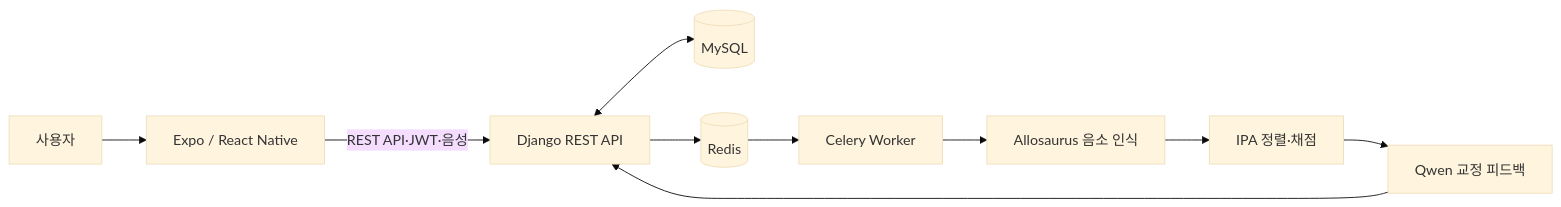
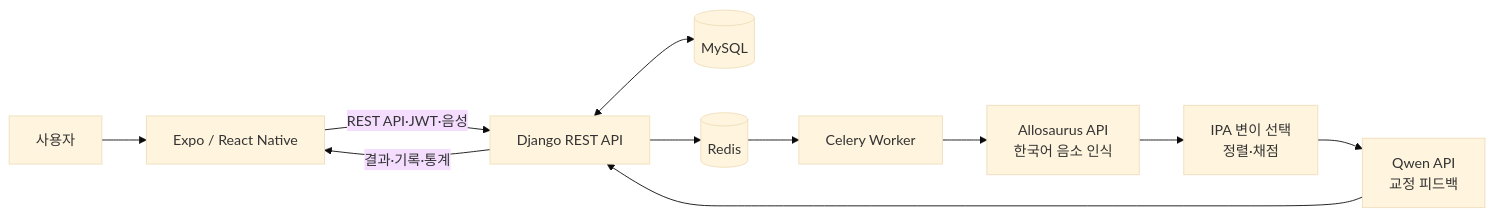
The first of 2 diagrams in README.md (pnucse-capstone2026/capstone-2026-team-03), drawn with Mermaid (base theme) before and after one commit. The commit also changed other lines of this file, not shown here.

````diff
--- a/README.md
+++ b/README.md
@@ -23,12 +94,13 @@
 ```mermaid
 flowchart LR
     U[사용자] --> F[Expo / React Native]
     F -->|REST API·JWT·음성| D[Django REST API]
     D <--> M[(MySQL)]
     D --> R[(Redis)]
     R --> C[Celery Worker]
-    C --> A[Allosaurus 음소 인식]
-    A --> I[IPA 정렬·채점]
-    I --> Q[Qwen 교정 피드백]
+    C --> A[Allosaurus API<br/>한국어 음소 인식]
+    A --> I[IPA 변이 선택<br/>정렬·채점]
+    I --> Q[Qwen API<br/>교정 피드백]
     Q --> D
+    D -->|결과·기록·통계| F
 ```
````
